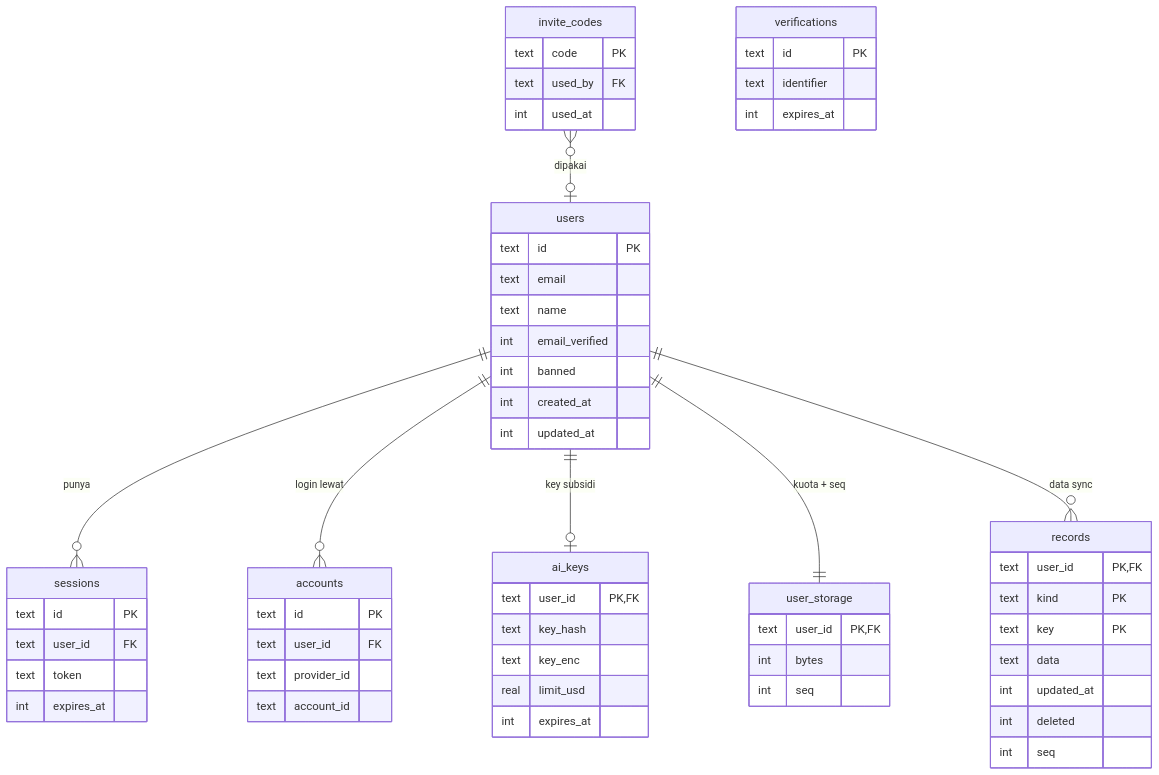
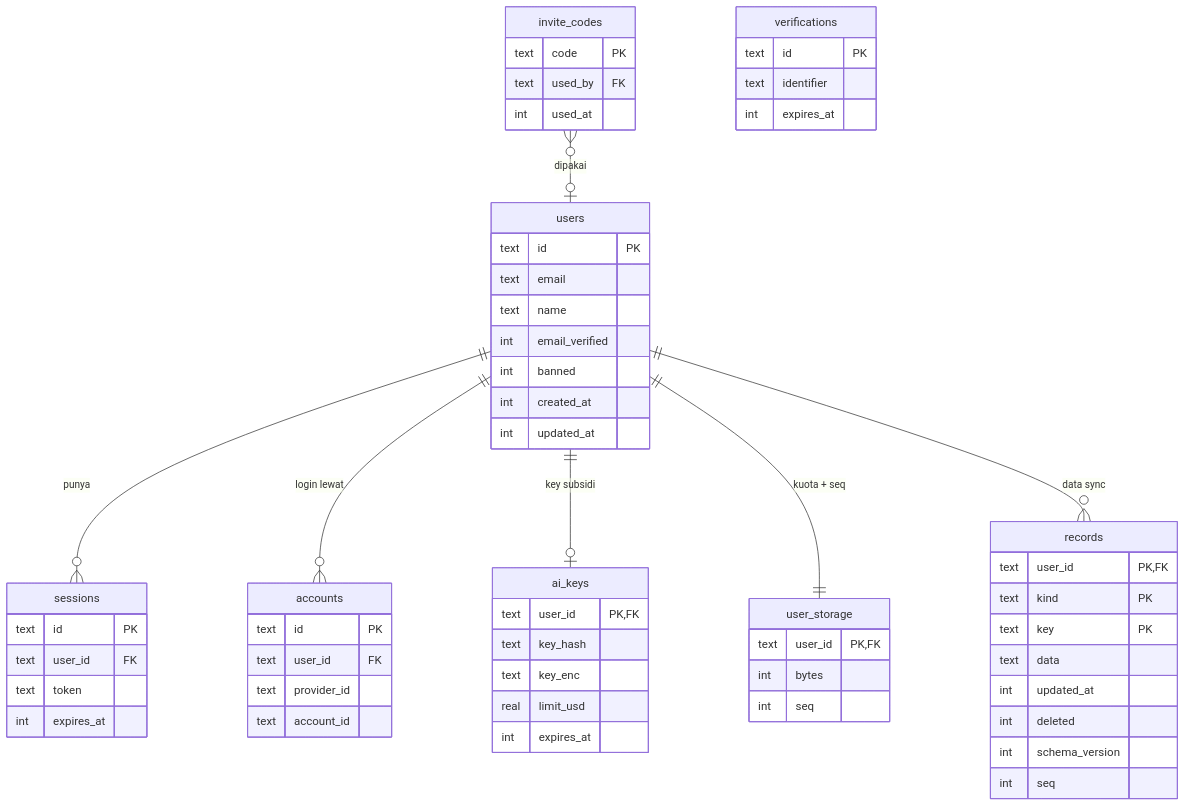
One commit to choiruladamm/luma changed the eighth of 9 diagrams in docs/backend.md. Above: the diagram before and after it, drawn with Mermaid. The commit also changed other lines of this file and 16 other files, not shown here.

````diff
--- a/docs/backend.md
+++ b/docs/backend.md
@@ -496,61 +506,62 @@
 ```mermaid
 erDiagram
   users ||--o{ sessions : punya
   users ||--o{ accounts : "login lewat"
   users ||--o| ai_keys : "key subsidi"
   users ||--|| user_storage : "kuota + seq"
   users ||--o{ records : "data sync"
   invite_codes }o--o| users : dipakai
   users {
     text id PK
     text email
     text name
     int email_verified
     int banned
     int created_at
     int updated_at
   }
   sessions {
     text id PK
     text user_id FK
     text token
     int expires_at
   }
   accounts {
     text id PK
     text user_id FK
     text provider_id
     text account_id
   }
   verifications {
     text id PK
     text identifier
     int expires_at
   }
   invite_codes {
     text code PK
     text used_by FK
     int used_at
   }
   ai_keys {
     text user_id PK, FK
     text key_hash
     text key_enc
     real limit_usd
     int expires_at
   }
   user_storage {
     text user_id PK, FK
     int bytes
     int seq
   }
   records {
     text user_id PK, FK
     text kind PK
     text key PK
     text data
     int updated_at
     int deleted
+    int schema_version
     int seq
   }
 ```
````
